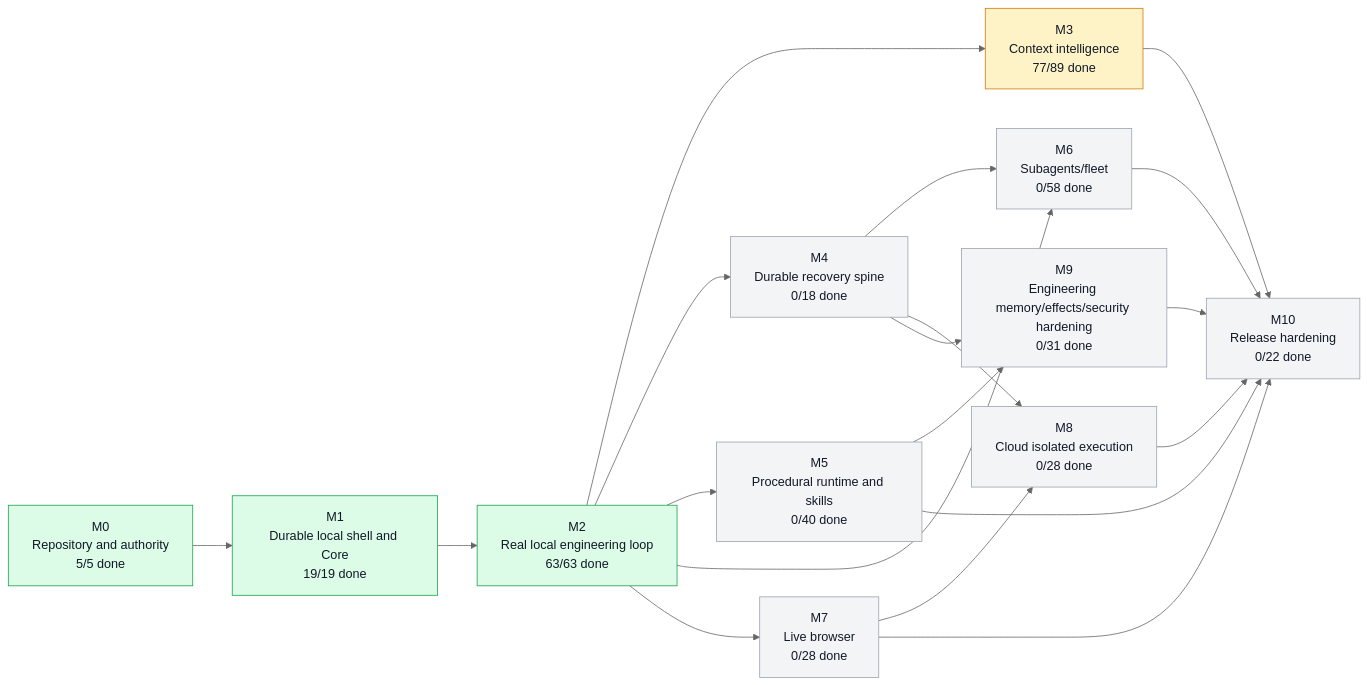
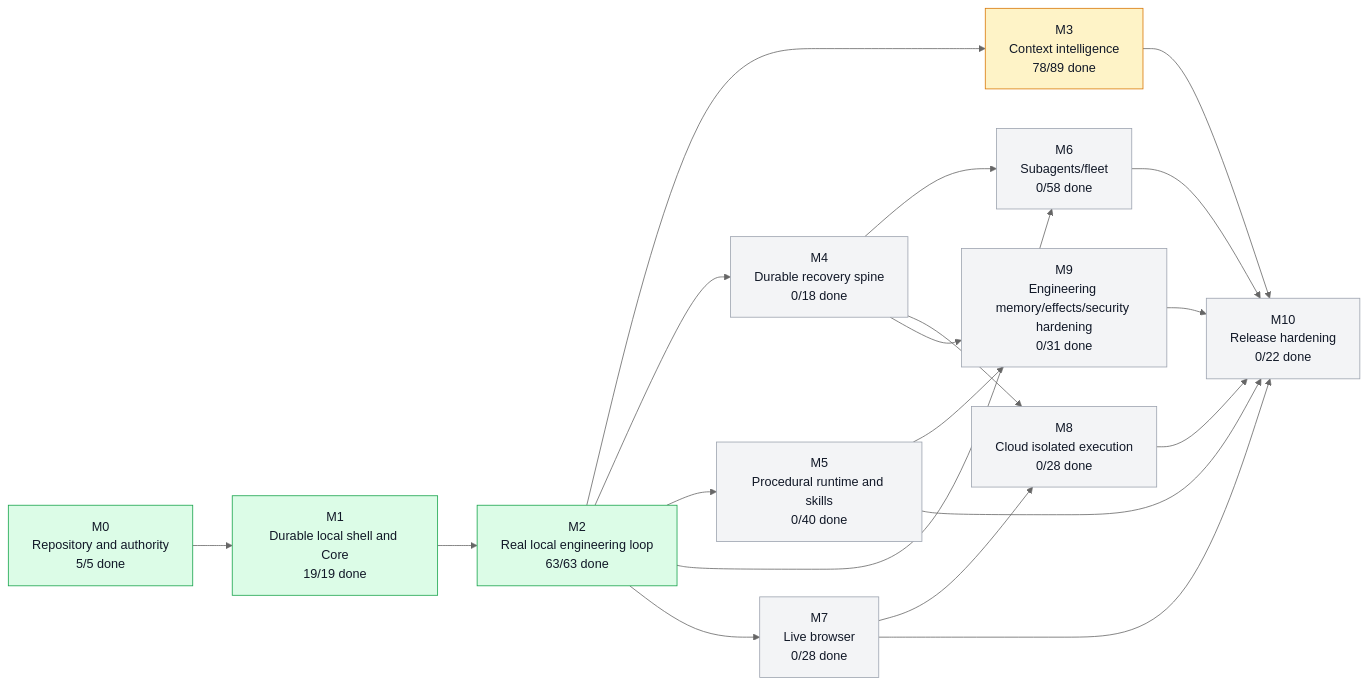
Before and after one commit to moss101/modbit: the first of 5 diagrams in graph/PROJECT_GRAPH.md, drawn with Mermaid (neutral theme). The commit also changed other lines of this file and 23 other files, not shown here.

````diff
--- a/graph/PROJECT_GRAPH.md
+++ b/graph/PROJECT_GRAPH.md
@@ -57,43 +57,43 @@
 ```mermaid
 flowchart LR
   M0["M0<br/>Repository and authority<br/>5/5 done"]
   M1["M1<br/>Durable local shell and Core<br/>19/19 done"]
   M2["M2<br/>Real local engineering loop<br/>63/63 done"]
-  M3["M3<br/>Context intelligence<br/>77/89 done"]
+  M3["M3<br/>Context intelligence<br/>78/89 done"]
   M4["M4<br/>Durable recovery spine<br/>0/18 done"]
   M5["M5<br/>Procedural runtime and skills<br/>0/40 done"]
   M6["M6<br/>Subagents/fleet<br/>0/58 done"]
   M7["M7<br/>Live browser<br/>0/28 done"]
   M8["M8<br/>Cloud isolated execution<br/>0/28 done"]
   M9["M9<br/>Engineering memory/effects/security hardening<br/>0/31 done"]
   M10["M10<br/>Release hardening<br/>0/22 done"]
   M0 --> M1
   M1 --> M2
   M2 --> M3
   M2 --> M4
   M2 --> M5
   M2 --> M6
   M4 --> M6
   M2 --> M7
   M4 --> M8
   M7 --> M8
   M4 --> M9
   M5 --> M9
   M3 --> M10
   M5 --> M10
   M6 --> M10
   M7 --> M10
   M8 --> M10
   M9 --> M10
   style M0 fill:#dcfce7,stroke:#16a34a,color:#111827
   style M1 fill:#dcfce7,stroke:#16a34a,color:#111827
   style M2 fill:#dcfce7,stroke:#16a34a,color:#111827
   style M3 fill:#fef3c7,stroke:#d97706,color:#111827
   style M4 fill:#f3f4f6,stroke:#9ca3af,color:#111827
   style M5 fill:#f3f4f6,stroke:#9ca3af,color:#111827
   style M6 fill:#f3f4f6,stroke:#9ca3af,color:#111827
   style M7 fill:#f3f4f6,stroke:#9ca3af,color:#111827
   style M8 fill:#f3f4f6,stroke:#9ca3af,color:#111827
   style M9 fill:#f3f4f6,stroke:#9ca3af,color:#111827
   style M10 fill:#f3f4f6,stroke:#9ca3af,color:#111827
 ```
````
